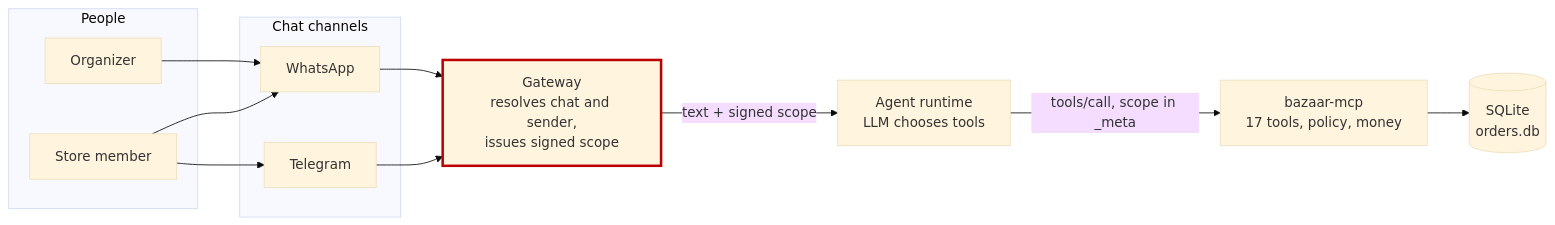
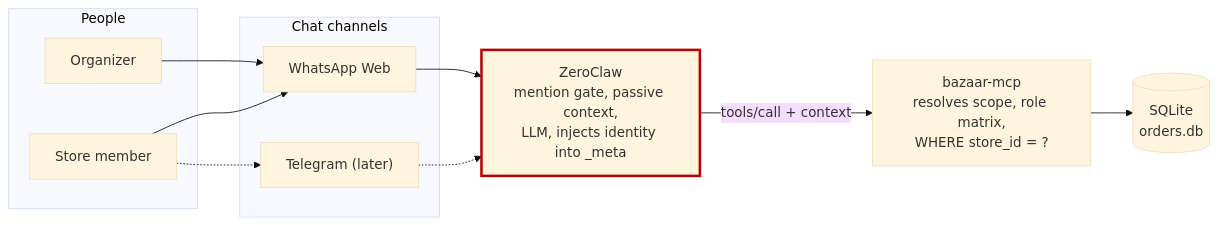
Before and after one commit to danielistyo/mini-bazaar: the first of 3 diagrams in docs/architecture.md, drawn with Mermaid (base theme). The commit also changed other lines of this file and 26 other files, not shown here.

````diff
--- a/docs/architecture.md
+++ b/docs/architecture.md
@@ -10,29 +11,27 @@
 ```mermaid
 flowchart LR
     subgraph people["People"]
         ORG["Organizer"]
         SM["Store member"]
     end
 
     subgraph ch["Chat channels"]
-        WA["WhatsApp"]
-        TG["Telegram"]
+        WA["WhatsApp Web"]
+        TG["Telegram (later)"]
     end
 
-    GW["Gateway<br/>resolves chat and sender,<br/>issues signed scope"]
-    AG["Agent runtime<br/>LLM chooses tools"]
-    BE["bazaar-mcp<br/>17 tools, policy, money"]
+    ZC["ZeroClaw<br/>mention gate, passive context,<br/>LLM, injects identity into _meta"]
+    BE["bazaar-mcp<br/>resolves scope, role matrix,<br/>WHERE store_id = ?"]
     DB[("SQLite<br/>orders.db")]
 
     ORG --> WA
     SM --> WA
-    SM --> TG
-    WA --> GW
-    TG --> GW
-    GW -->|"text + signed scope"| AG
-    AG -->|"tools/call, scope in _meta"| BE
+    SM -.-> TG
+    WA --> ZC
+    TG -.-> ZC
+    ZC -->|"tools/call + context"| BE
     BE --> DB
 
-    classDef boundary stroke-width:3px,stroke:#b00
-    class GW boundary
+    classDef anchor stroke-width:3px,stroke:#b00
+    class ZC anchor
 ```
````
